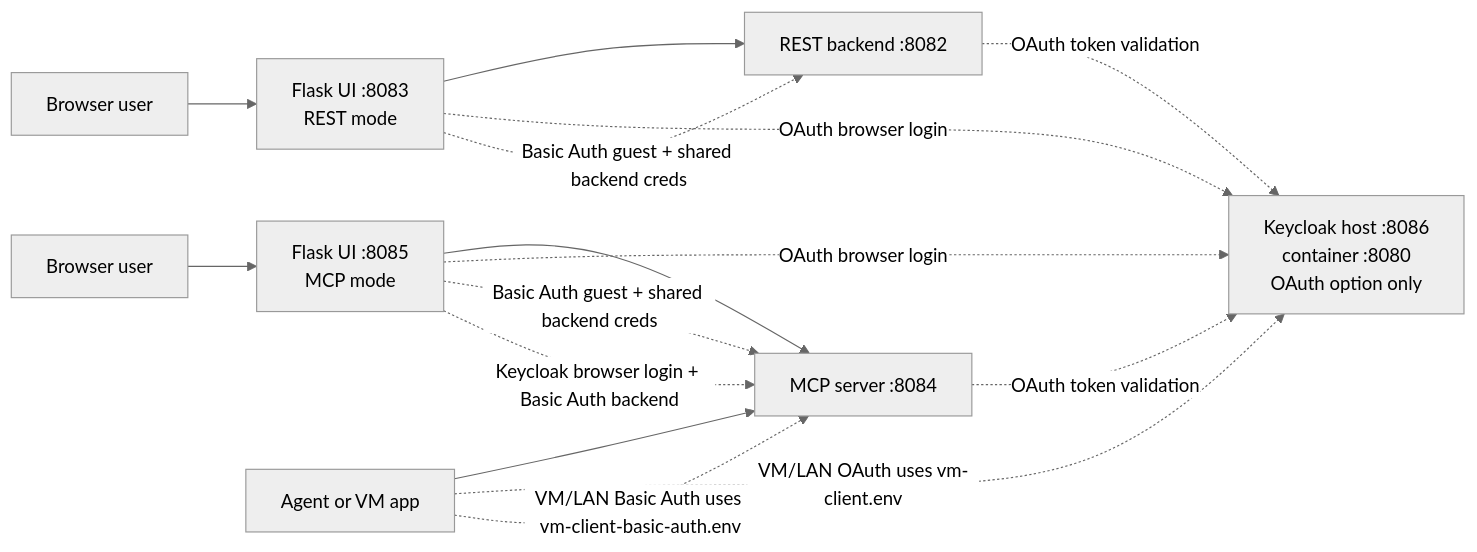
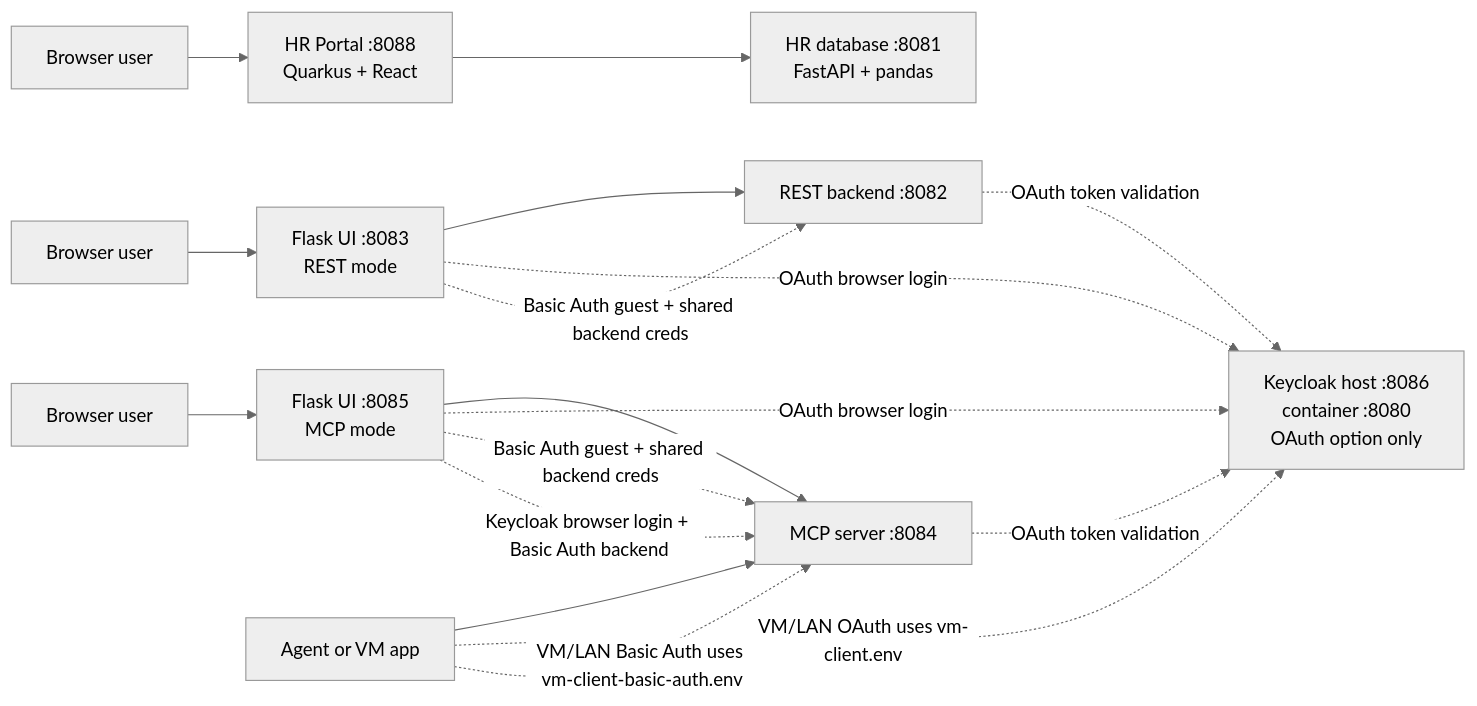
One commit to thomassuedbroecker/galaxium-travels-infrastructure-tsuedbro changed the diagram in README.md. Above: the diagram before and after it, drawn with Mermaid (neutral theme). The commit also changed other lines of this file and 13 other files, not shown here.

````diff
--- a/README.md
+++ b/README.md
@@ -52,17 +52,19 @@
 ```mermaid
 flowchart LR
     Browser1["Browser user"] --> UIREST["Flask UI :8083<br/>REST mode"]
     Browser2["Browser user"] --> UIMCP["Flask UI :8085<br/>MCP mode"]
+    Browser3["Browser user"] --> HRUI["HR Portal :8088<br/>Quarkus + React"]
     Agent["Agent or VM app"] --> MCP["MCP server :8084"]
     UIREST --> REST["REST backend :8082"]
     UIMCP --> MCP
+    HRUI --> HRAPI["HR database :8081<br/>FastAPI + pandas"]
     UIREST -. "OAuth browser login" .-> KC["Keycloak host :8086<br/>container :8080<br/>OAuth option only"]
     UIMCP -. "OAuth browser login" .-> KC
     REST -. "OAuth token validation" .-> KC
     MCP -. "OAuth token validation" .-> KC
     UIREST -. "Basic Auth guest + shared backend creds" .-> REST
     UIMCP -. "Basic Auth guest + shared backend creds" .-> MCP
     UIMCP -. "Keycloak browser login + Basic Auth backend" .-> MCP
     Agent -. "VM/LAN OAuth uses vm-client.env" .-> KC
     Agent -. "VM/LAN Basic Auth uses vm-client-basic-auth.env" .-> MCP
 ```
````
